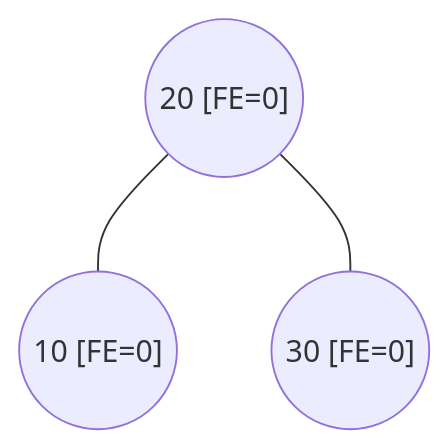
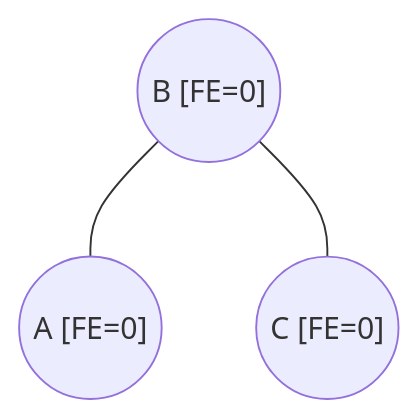
Diagram 21 of 34 in 03-arboles.md (frijolitobandido/Guia_Matematica_Discreta), drawn with Mermaid before and after one commit. The commit also changed other lines of this file, not shown here.

````diff
--- a/03-arboles.md
+++ b/03-arboles.md
@@ -565,5 +588,5 @@
 ```mermaid
 graph TD
-    d1(("20 [FE=0]")) --- d2(("10 [FE=0]"))
-    d1 --- d3(("30 [FE=0]"))
+    d1(("B [FE=0]")) --- d2(("A [FE=0]"))
+    d1 --- d3(("C [FE=0]"))
 ```
````
